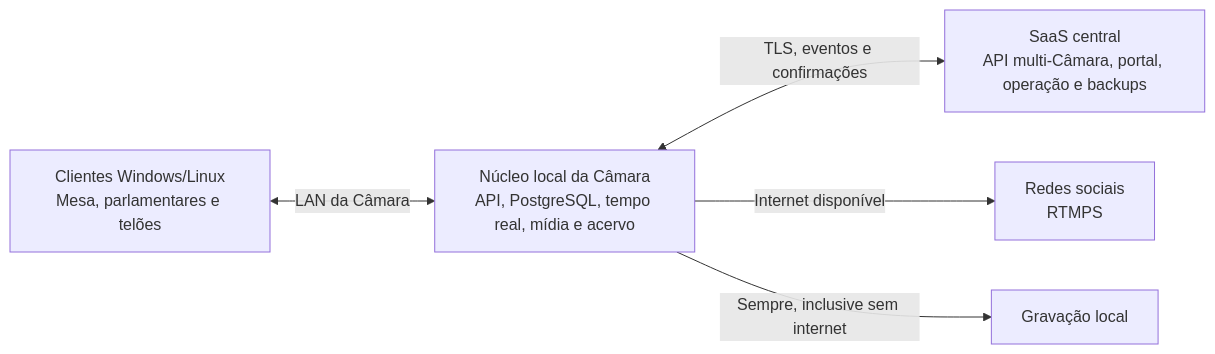
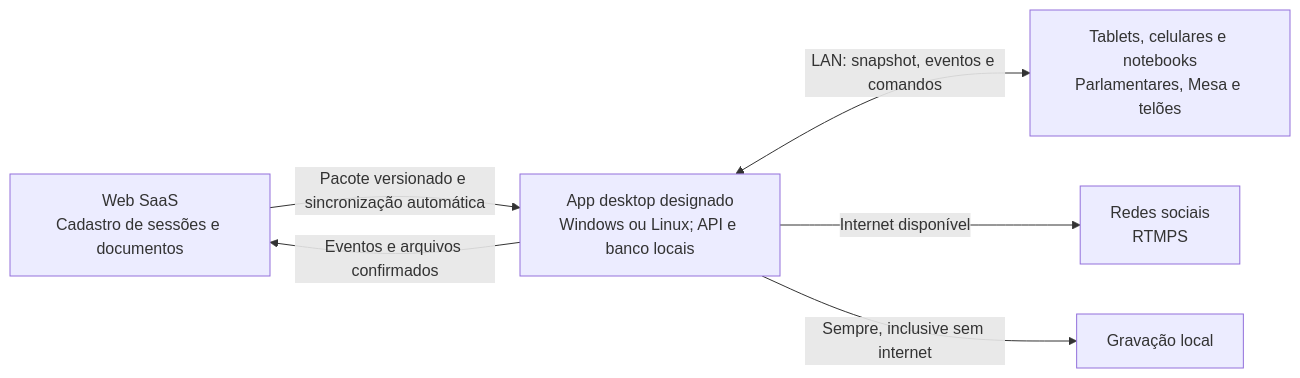
Before and after one commit to ticamaramucuri-ai/edocbrplenario: the diagram in docs/adr/ADR-027-saas-nucleo-local-operacao-offline.md, drawn with Mermaid. The commit also changed other lines of this file and 3 other files, not shown here.

Commit message:
docs: define web-to-desktop session and device sync model

````diff
--- a/docs/adr/ADR-027-saas-nucleo-local-operacao-offline.md
+++ b/docs/adr/ADR-027-saas-nucleo-local-operacao-offline.md
@@ -13,7 +13,8 @@
 ```mermaid
 flowchart LR
-    C["Clientes Windows/Linux<br/>Mesa, parlamentares e telões"] <-->|LAN da Câmara| E["Núcleo local da Câmara<br/>API, PostgreSQL, tempo real, mídia e acervo"]
-    E <-->|TLS, eventos e confirmações| S["SaaS central<br/>API multi-Câmara, portal, operação e backups"]
-    E -->|Internet disponível| R["Redes sociais<br/>RTMPS"]
-    E -->|Sempre, inclusive sem internet| G[Gravação local]
+    W["Web SaaS<br/>Cadastro de sessões e documentos"] -->|Pacote versionado e sincronização automática| D["App desktop designado<br/>Windows ou Linux; API e banco locais"]
+    D <-->|LAN: snapshot, eventos e comandos| P["Tablets, celulares e notebooks<br/>Parlamentares, Mesa e telões"]
+    D -->|Eventos e arquivos confirmados| W
+    D -->|Internet disponível| R["Redes sociais<br/>RTMPS"]
+    D -->|Sempre, inclusive sem internet| G["Gravação local"]
 ```
````
